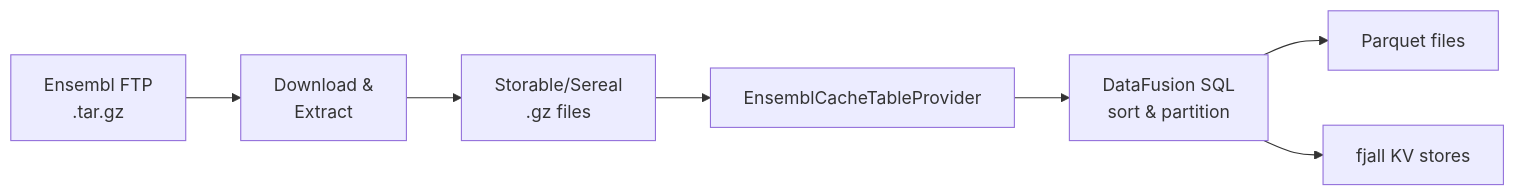
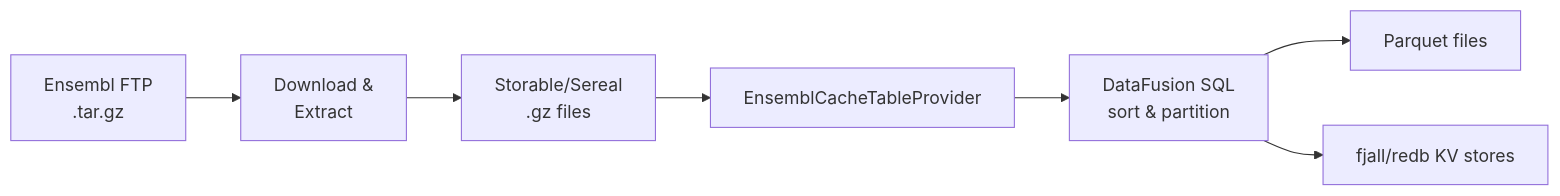
One commit to biodatageeks/vepyr changed the second of 3 diagrams in docs/architecture.md. Above: the diagram before and after it, drawn with Mermaid. The commit also changed other lines of this file and 16 other files, not shown here.

````diff
--- a/docs/architecture.md
+++ b/docs/architecture.md
@@ -65,9 +65,9 @@
 ```mermaid
 graph LR
     A[Ensembl FTP<br/>.tar.gz] --> B[Download &<br/>Extract]
     B --> C[Storable/Sereal<br/>.gz files]
     C --> D[EnsemblCacheTableProvider]
     D --> E[DataFusion SQL<br/>sort & partition]
     E --> F[Parquet files]
-    E --> G[fjall KV stores]
+    E --> G[fjall/redb KV stores]
 ```
````
